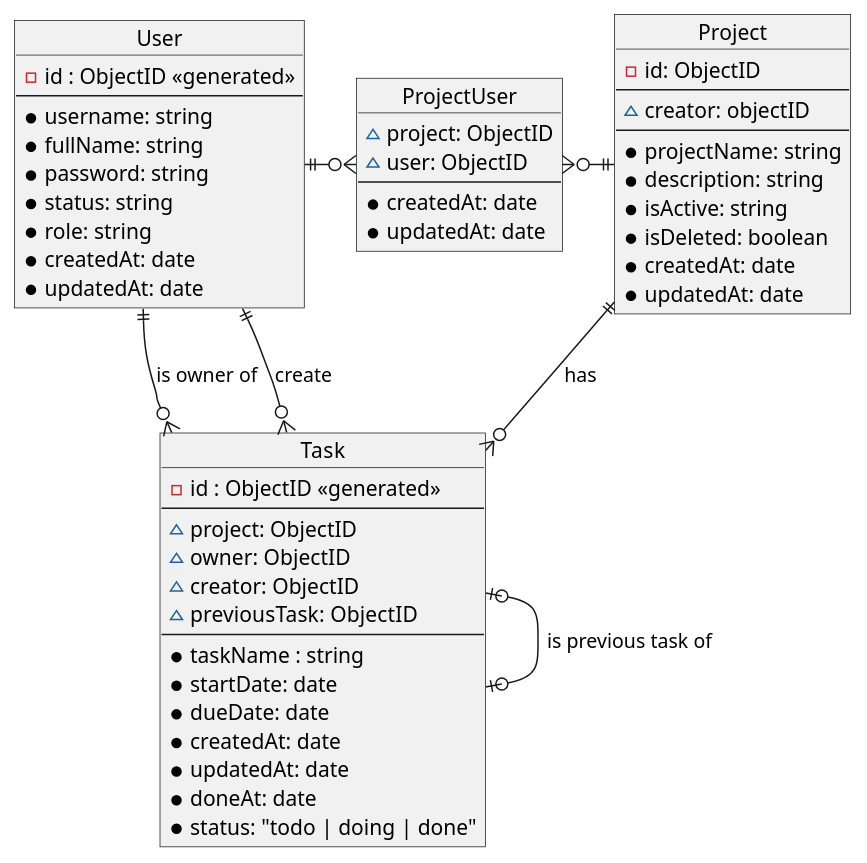
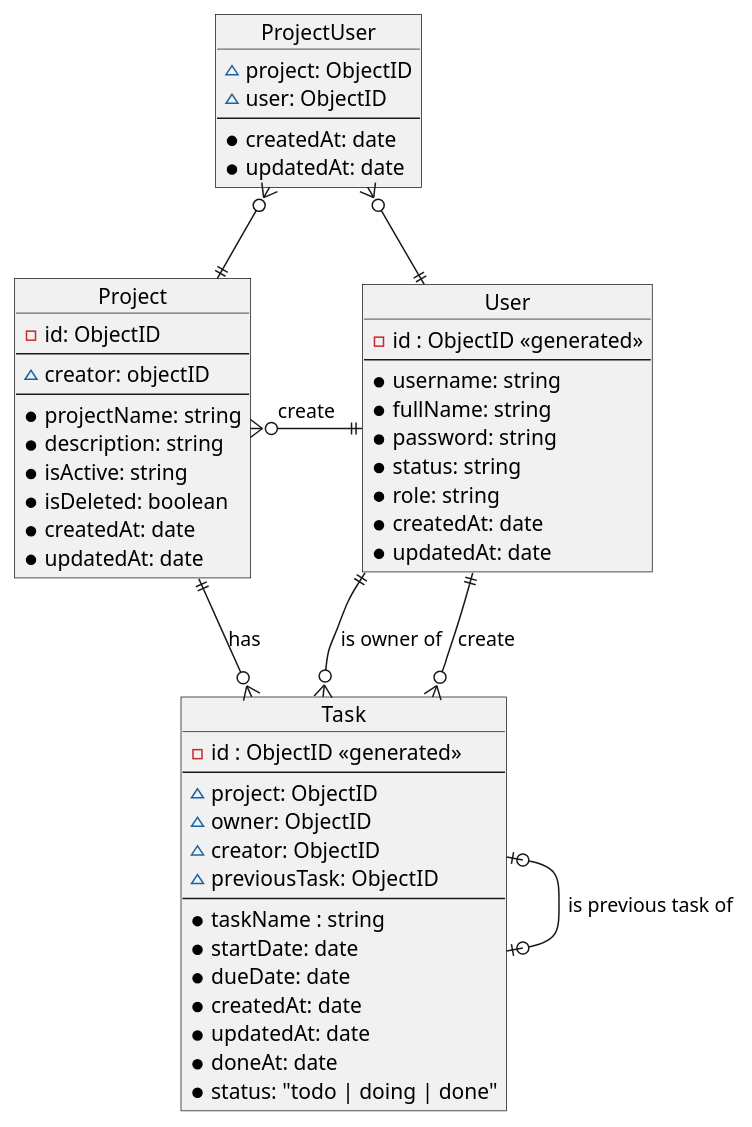
Before and after one commit to felixnguyen678/project-todo-app-lb4: the diagram in docs/ERD.plantuml, drawn with PlantUML. The commit also changed 12 other files, not shown here.

```diff
--- a/docs/ERD.plantuml
+++ b/docs/ERD.plantuml
@@ -1,59 +1,61 @@
 @startuml ERD
 
 object Task {
   -id : ObjectID <<generated>>
   --
   ~project: ObjectID
   ~owner: ObjectID
   ~creator: ObjectID
   ~previousTask: ObjectID
   --
   *taskName : string
   *startDate: date
   *dueDate: date
   *createdAt: date
   *updatedAt: date
   *doneAt: date
   *status: "todo | doing | done"
 }
 
 object Project {
   -id: ObjectID
   --
   ~creator: objectID
   --
   *projectName: string
   *description: string
   *isActive: string
   *isDeleted: boolean
   *createdAt: date
   *updatedAt: date
 }
 
 object User {
   -id : ObjectID <<generated>>
   --
   *username: string
   *fullName: string
   *password: string
   *status: string
   *role: string
   *createdAt: date
   *updatedAt: date
 }
 object ProjectUser {
   ~project: ObjectID
   ~user: ObjectID
   --
   *createdAt: date
   *updatedAt: date
 }
 
-User ||-right-o{ ProjectUser
-ProjectUser }o-right-|| Project
+User ||-left-o{ Project: create
+User ||-left-o{ ProjectUser
+ProjectUser }o-down-|| Project
 Project||--o{ Task: has
 User ||-down-o{ Task: is owner of
 User ||-down-o{ Task: create
 Task |o--o| Task: is previous task of
 
+
 @enduml
```
